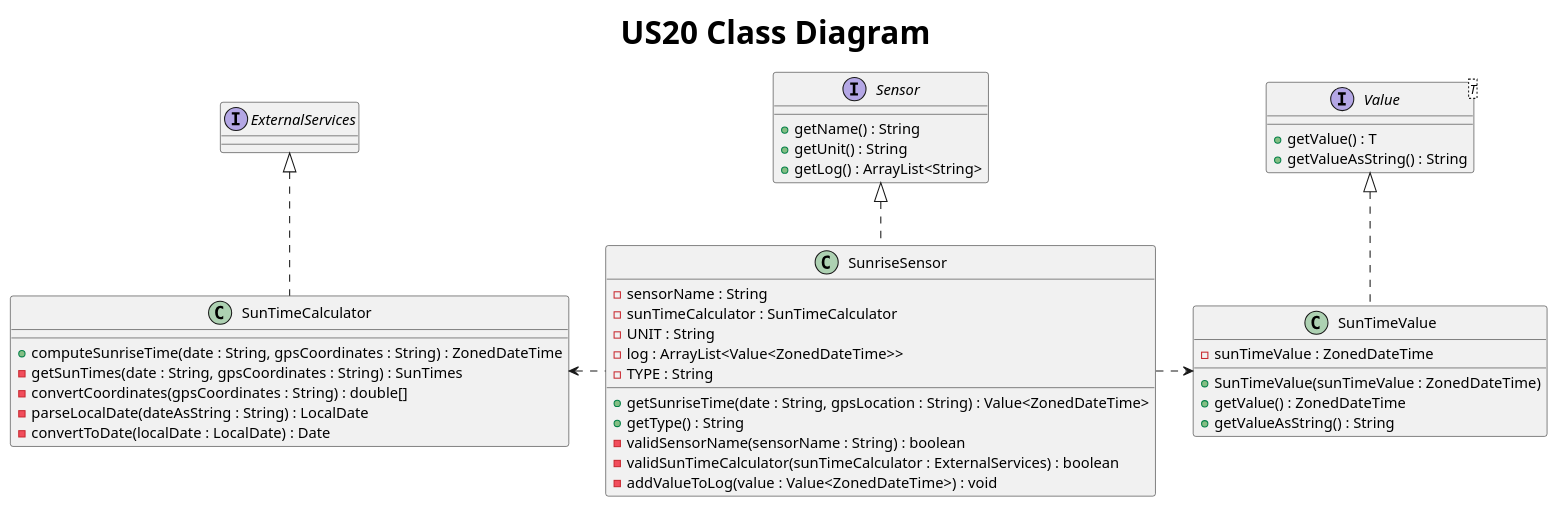
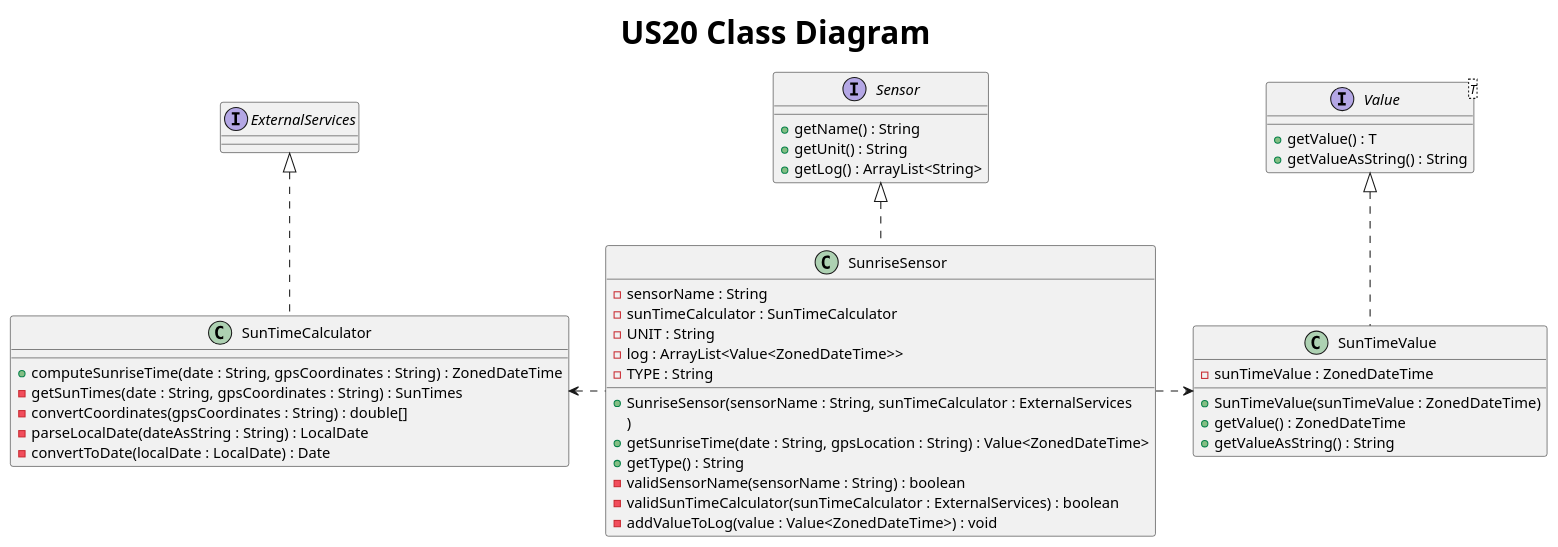
Before and after one commit to AfonsoNeves77/smartHouse: the diagram in Docs/US20/S3U20ClassDiagram.puml, drawn with PlantUML. The commit also changed 4 other files, not shown here.

Commit message:
Team review: added sensor constructor methods to sensor class diagrams US17-21

```diff
--- a/Docs/US20/S3U20ClassDiagram.puml
+++ b/Docs/US20/S3U20ClassDiagram.puml
@@ -1,55 +1,57 @@
 @startuml
 title <size: 30> US20 Class Diagram
 
 
 interface Sensor {
     + getName() : String
     + getUnit() : String
     + getLog() : ArrayList<String>
 }
 
 interface Value<T> {
     + getValue() : T
     + getValueAsString() : String
 }
 
 interface ExternalServices {
 
 }
 
 class SunriseSensor{
     - sensorName : String
     - sunTimeCalculator : SunTimeCalculator
     - UNIT : String
     - log : ArrayList<Value<ZonedDateTime>>
     - TYPE : String
 
+    + SunriseSensor(sensorName : String, sunTimeCalculator : ExternalServices
+    )
     + getSunriseTime(date : String, gpsLocation : String) : Value<ZonedDateTime>
     + getType() : String
     - validSensorName(sensorName : String) : boolean
     - validSunTimeCalculator(sunTimeCalculator : ExternalServices) : boolean
     - addValueToLog(value : Value<ZonedDateTime>) : void
 }
 
 class SunTimeValue {
     + SunTimeValue(sunTimeValue : ZonedDateTime)
     - sunTimeValue : ZonedDateTime
     + getValue() : ZonedDateTime
     + getValueAsString() : String
 }
 
 class SunTimeCalculator {
     + computeSunriseTime(date : String, gpsCoordinates : String) : ZonedDateTime
     - getSunTimes(date : String, gpsCoordinates : String) : SunTimes
     - convertCoordinates(gpsCoordinates : String) : double[]
     - parseLocalDate(dateAsString : String) : LocalDate
     - convertToDate(localDate : LocalDate) : Date
 }
 
 Value <|.. SunTimeValue
 Sensor <|.. SunriseSensor
 ExternalServices <|.. SunTimeCalculator
 SunriseSensor .left.> SunTimeCalculator
 SunriseSensor .right.> SunTimeValue
 
 @enduml
```
